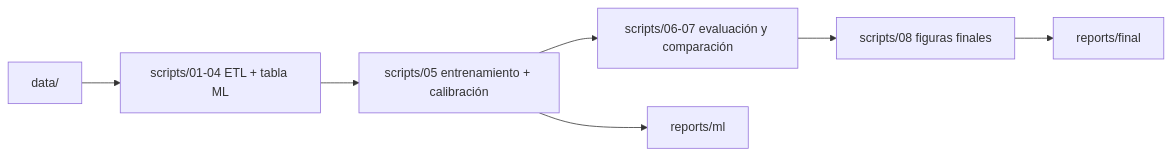
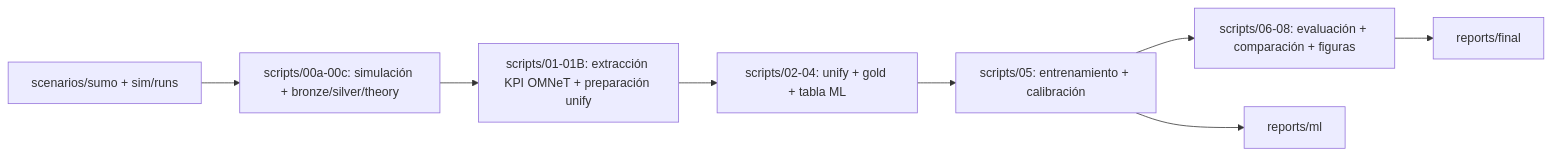
One commit to josearpa123/InTAS_Gradient_Boosting changed the first of 3 diagrams in README.md. Above: the diagram before and after it, drawn with Mermaid. The commit also changed other lines of this file and 8 other files, not shown here.

````diff
--- a/README.md
+++ b/README.md
@@ -73,9 +73,10 @@
 ```mermaid
 flowchart LR
-    A[data/] --> B[scripts/01-04 ETL + tabla ML]
-    B --> C[scripts/05 entrenamiento + calibración]
-    C --> D[scripts/06-07 evaluación y comparación]
-    D --> E[scripts/08 figuras finales]
-    E --> F[reports/final]
-    C --> G[reports/ml]
+    A[scenarios/sumo + sim/runs] --> B[scripts/00a-00c: simulación + bronze/silver/theory]
+    B --> C[scripts/01-01B: extracción KPI OMNeT + preparación unify]
+    C --> D[scripts/02-04: unify + gold + tabla ML]
+    D --> E[scripts/05: entrenamiento + calibración]
+    E --> F[scripts/06-08: evaluación + comparación + figuras]
+    F --> G[reports/final]
+    E --> H[reports/ml]
 ```
````
